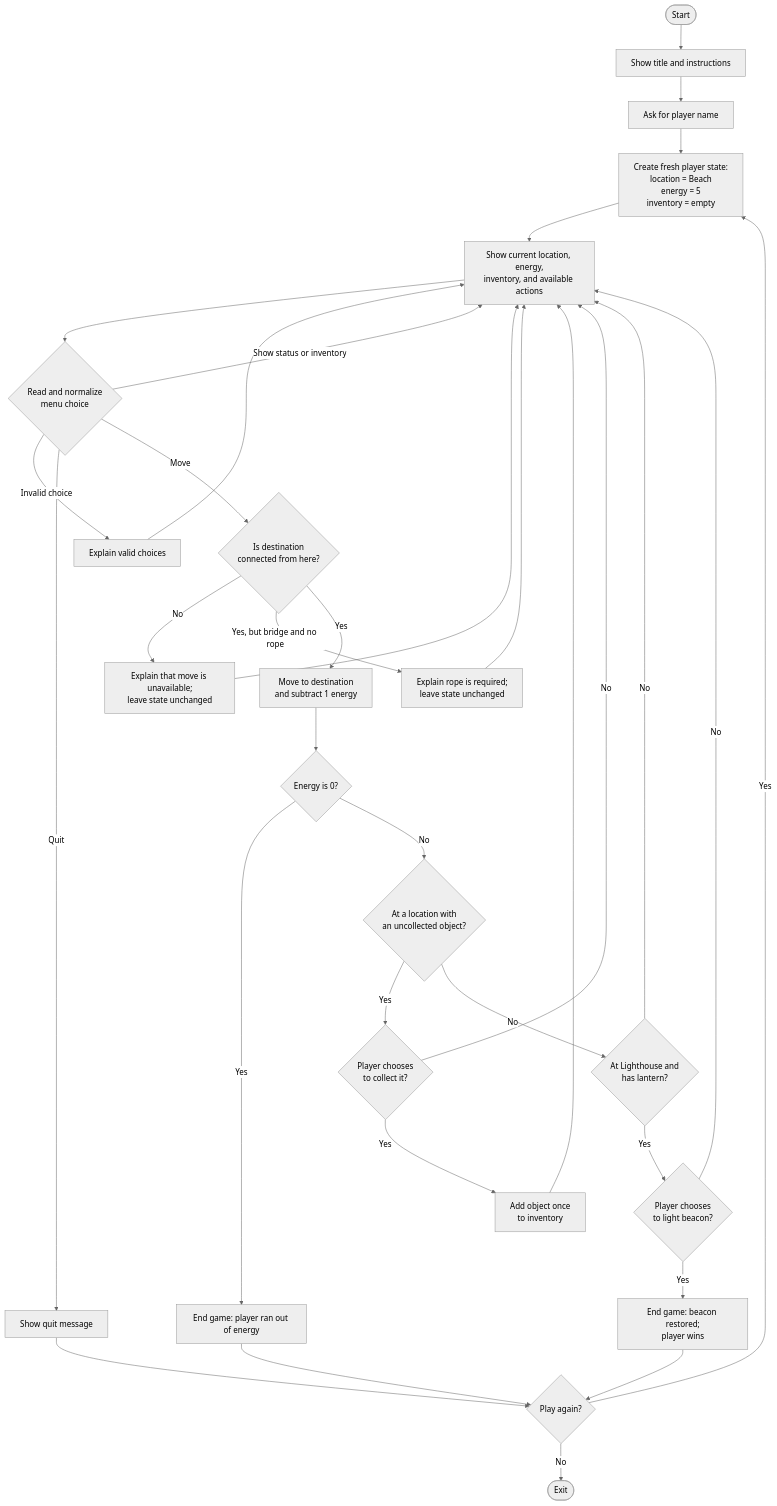
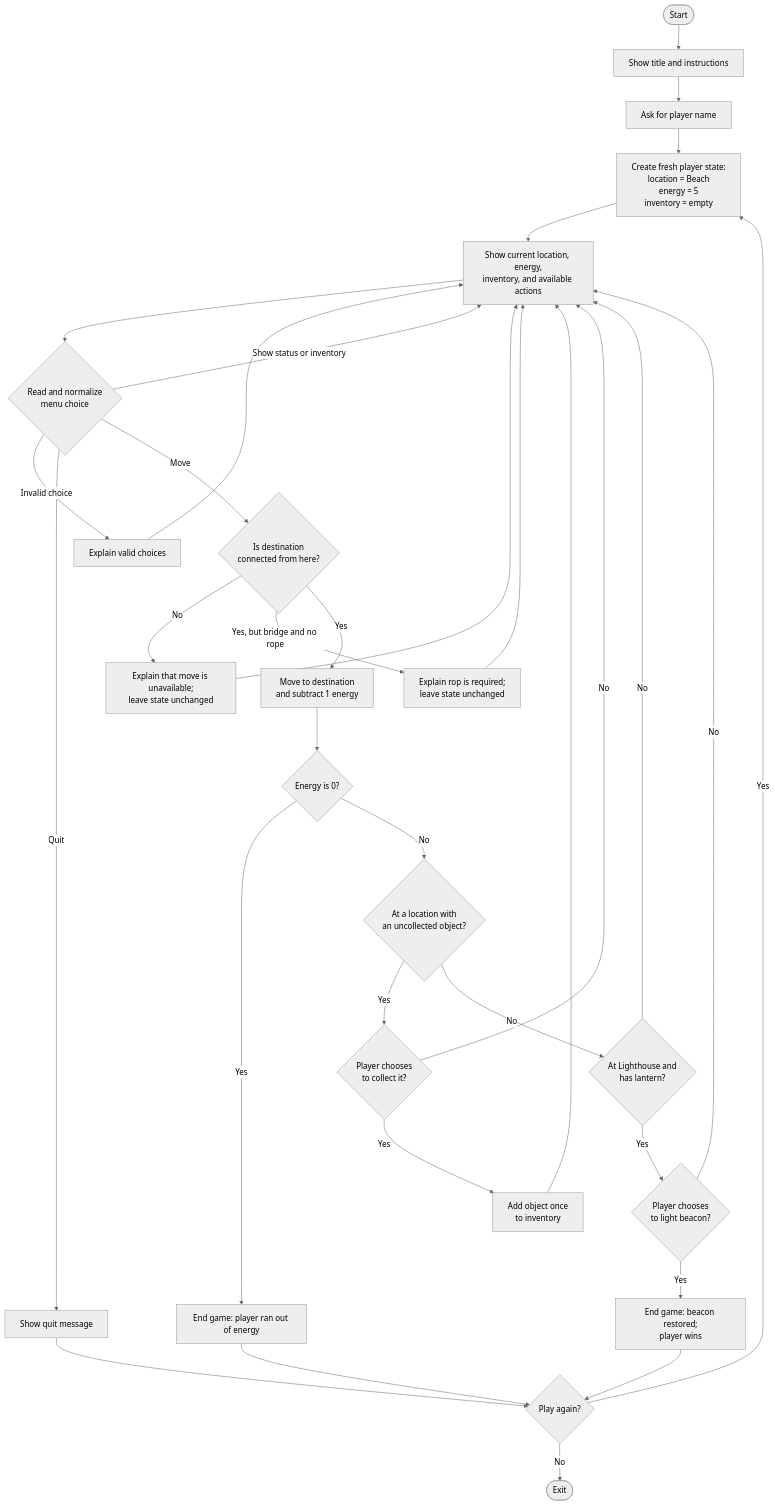
The diagram in task/flowchart.md (rolandelaigwu6-ui/basic_python_project), drawn with Mermaid (neutral theme) before and after one commit.

Commit message:
flowchart

````diff
--- a/task/flowchart.md
+++ b/task/flowchart.md
@@ -5,37 +5,37 @@
 ```mermaid
 flowchart TD
     A([Start]) --> B[Show title and instructions]
     B --> C[Ask for player name]
     C --> D[Create fresh player state:<br/>location = Beach<br/>energy = 5<br/>inventory = empty]
     D --> E[Show current location, energy,<br/>inventory, and available actions]
     E --> F{Read and normalize<br/>menu choice}
 
     F -->|Invalid choice| G[Explain valid choices]
     G --> E
     F -->|Quit| Q[Show quit message]
     F -->|Show status or inventory| E
     F -->|Move| H{Is destination<br/>connected from here?}
     H -->|No| I[Explain that move is unavailable;<br/>leave state unchanged]
     I --> E
-    H -->|Yes, but bridge and no rope| J[Explain rope is required;<br/>leave state unchanged]
+    H -->|Yes, but bridge and no rope| J[Explain rop is required;<br/>leave state unchanged]
     J --> E
     H -->|Yes| K[Move to destination<br/>and subtract 1 energy]
     K --> L{Energy is 0?}
     L -->|Yes| M[End game: player ran out of energy]
     L -->|No| N{At a location with<br/>an uncollected object?}
     N -->|Yes| O{Player chooses<br/>to collect it?}
     O -->|Yes| P[Add object once<br/>to inventory]
     O -->|No| E
     P --> E
     N -->|No| R{At Lighthouse and<br/>has lantern?}
     R -->|No| E
     R -->|Yes| S{Player chooses<br/>to light beacon?}
     S -->|No| E
     S -->|Yes| T[End game: beacon restored;<br/>player wins]
 
     M --> U{Play again?}
     T --> U
     Q --> U
     U -->|Yes| D
     U -->|No| V([Exit])
 ```
````
